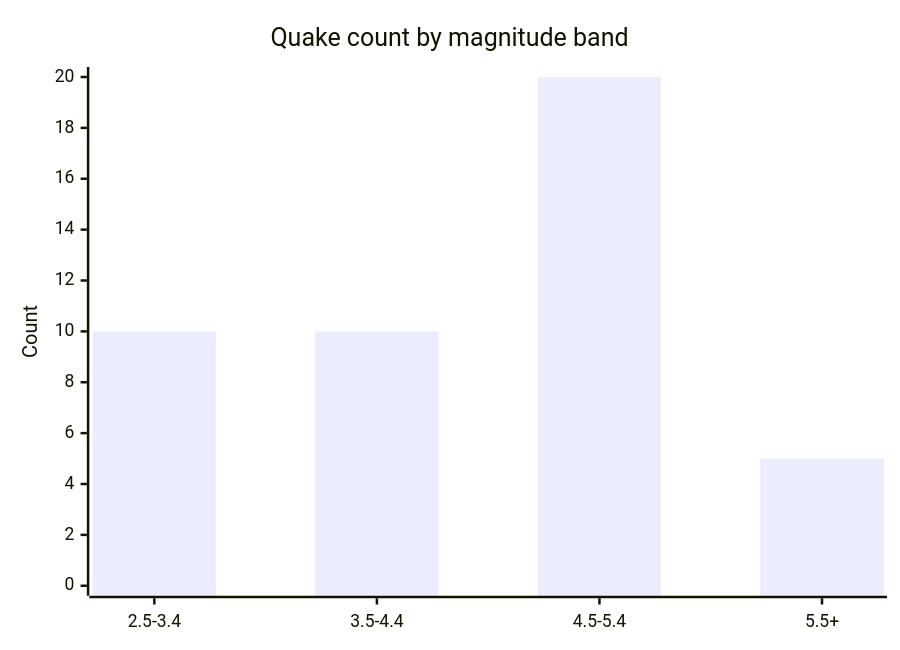
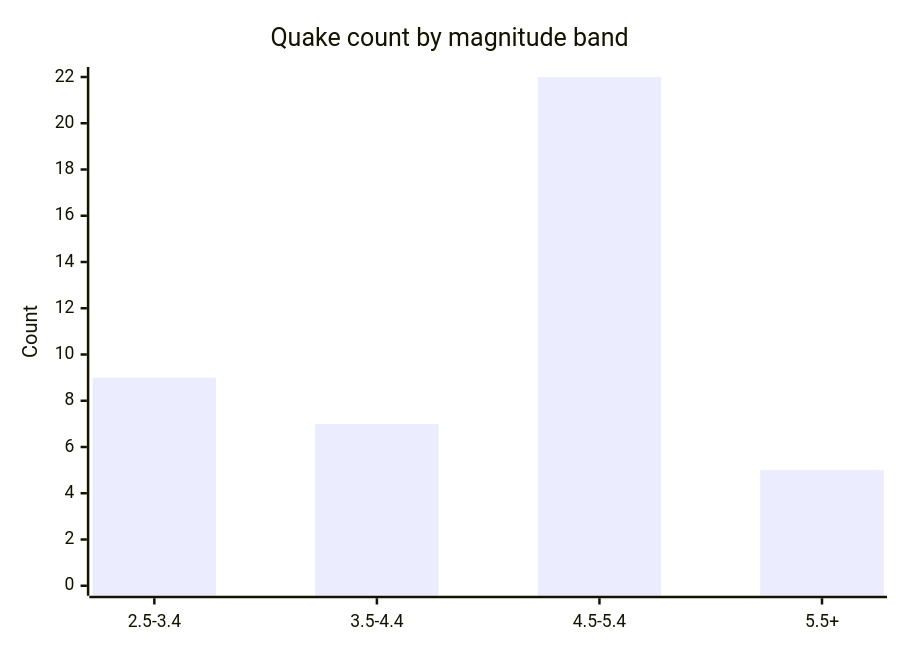
Before and after one commit to Midwest-Stratospheric/aerostratospheric-defense-gir: the fifth of 6 diagrams in docs/GRAPHS.md, drawn with Mermaid. The commit also changed other lines of this file and 25 other files, not shown here.

````diff
--- a/docs/GRAPHS.md
+++ b/docs/GRAPHS.md
@@ -82,7 +82,7 @@
 ```mermaid
 xychart-beta
   title "Quake count by magnitude band"
   x-axis ["2.5-3.4", "3.5-4.4", "4.5-5.4", "5.5+"]
-  y-axis "Count" 0 --> 20
-  bar [10, 10, 20, 5]
+  y-axis "Count" 0 --> 22
+  bar [9, 7, 22, 5]
 ```
````
